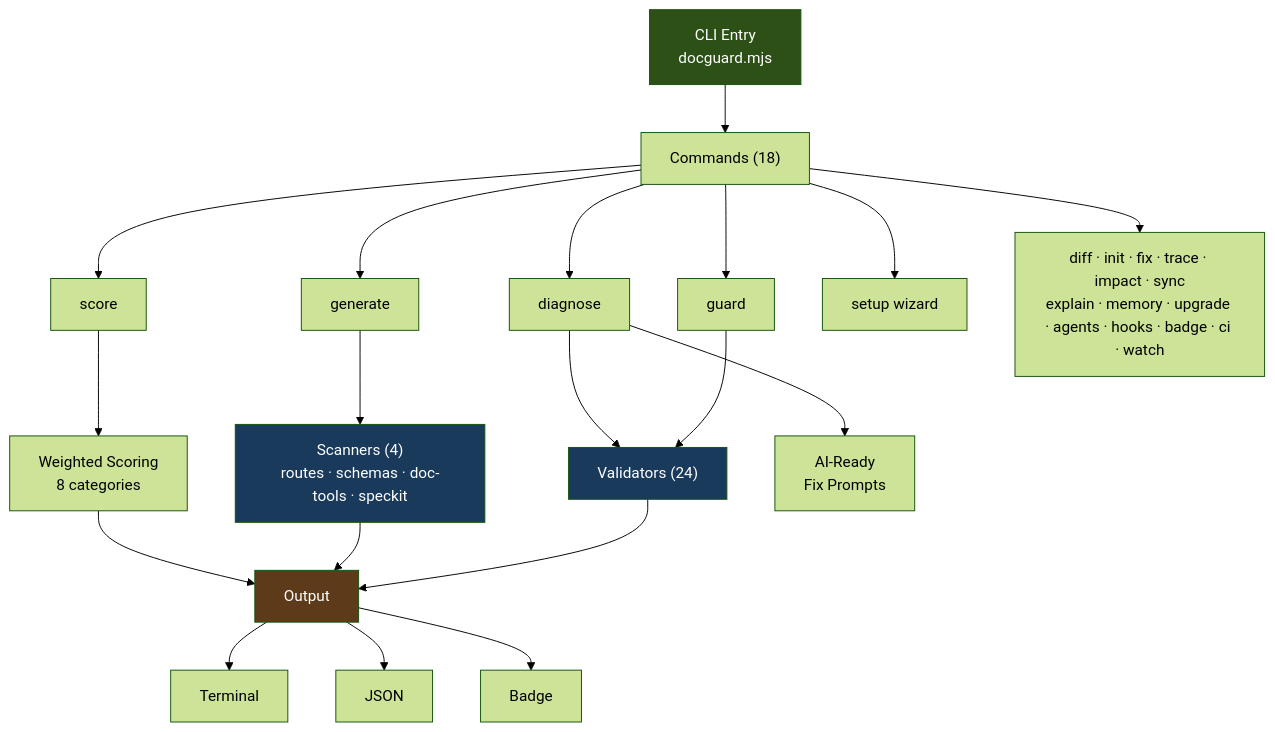
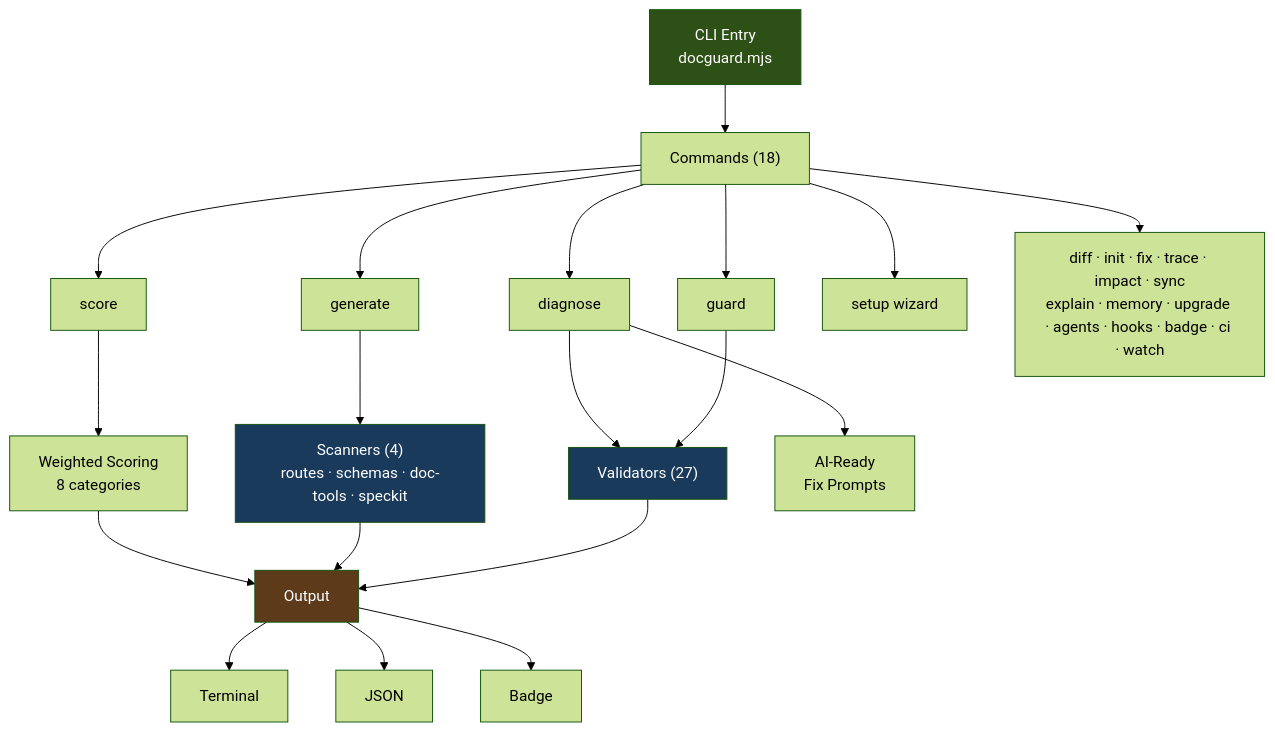
One commit to raccioly/docguard changed the diagram in README.md. Above: the diagram before and after it, drawn with Mermaid (forest theme). The commit also changed other lines of this file and 19 other files, not shown here.

````diff
--- a/README.md
+++ b/README.md
@@ -69,28 +69,28 @@
 ```mermaid
 graph TD
     CLI["CLI Entry<br/>docguard.mjs"] --> Commands["Commands (18)"]
     Commands --> guard["guard"]
     Commands --> generate["generate"]
     Commands --> score["score"]
     Commands --> diagnose["diagnose"]
     Commands --> setup["setup wizard"]
     Commands --> other["diff · init · fix · trace · impact · sync<br/>explain · memory · upgrade · agents · hooks · badge · ci · watch"]
 
-    guard --> Validators["Validators (24)"]
+    guard --> Validators["Validators (27)"]
     generate --> Scanners["Scanners (4)<br/>routes · schemas · doc-tools · speckit"]
     score --> Scoring["Weighted Scoring<br/>8 categories"]
     diagnose --> Validators
     diagnose --> AIPrompts["AI-Ready<br/>Fix Prompts"]
 
     Validators --> Output["Output"]
     Scanners --> Output
     Scoring --> Output
     Output --> Terminal["Terminal"]
     Output --> JSON["JSON"]
     Output --> Badge["Badge"]
 
     style CLI fill:#2d5016,color:#fff
     style Validators fill:#1a3a5c,color:#fff
     style Scanners fill:#1a3a5c,color:#fff
     style Output fill:#5c3a1a,color:#fff
 ```
````
